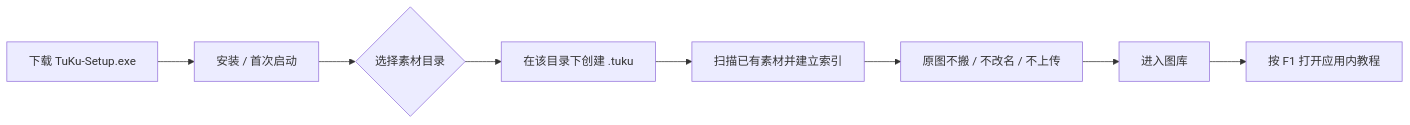
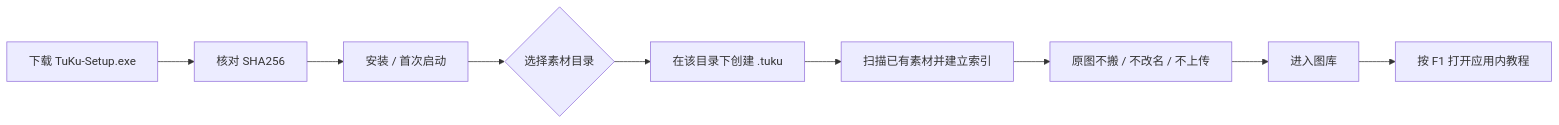
Before and after one commit to mr-awei/youyouvault: the first of 2 diagrams in README.md, drawn with Mermaid. The commit also changed other lines of this file and 52 other files, not shown here.

````diff
--- a/README.md
+++ b/README.md
@@ -57,10 +79,11 @@
 ```mermaid
 flowchart LR
-    A[下载 TuKu-Setup.exe] --> B[安装 / 首次启动]
-    B --> C{选择素材目录}
-    C --> D[在该目录下创建 .tuku]
-    D --> E[扫描已有素材并建立索引]
-    E --> F[原图不搬 / 不改名 / 不上传]
-    F --> G[进入图库]
-    G --> H[按 F1 打开应用内教程]
+    A[下载 TuKu-Setup.exe] --> B[核对 SHA256]
+    B --> C[安装 / 首次启动]
+    C --> D{选择素材目录}
+    D --> E[在该目录下创建 .tuku]
+    E --> F[扫描已有素材并建立索引]
+    F --> G[原图不搬 / 不改名 / 不上传]
+    G --> H[进入图库]
+    H --> I[按 F1 打开应用内教程]
 ```
````
